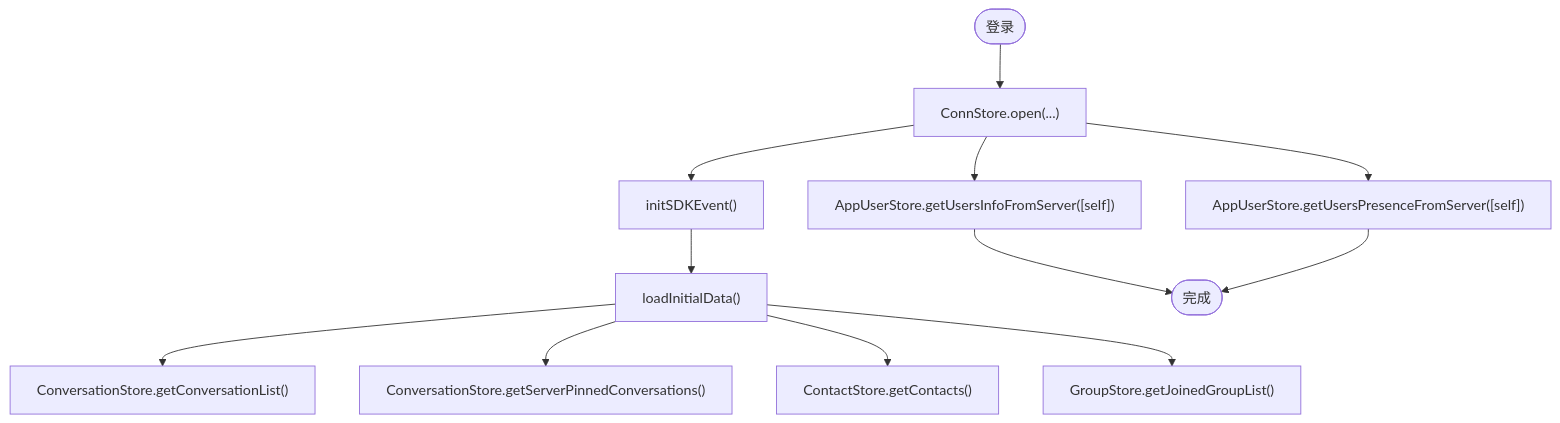
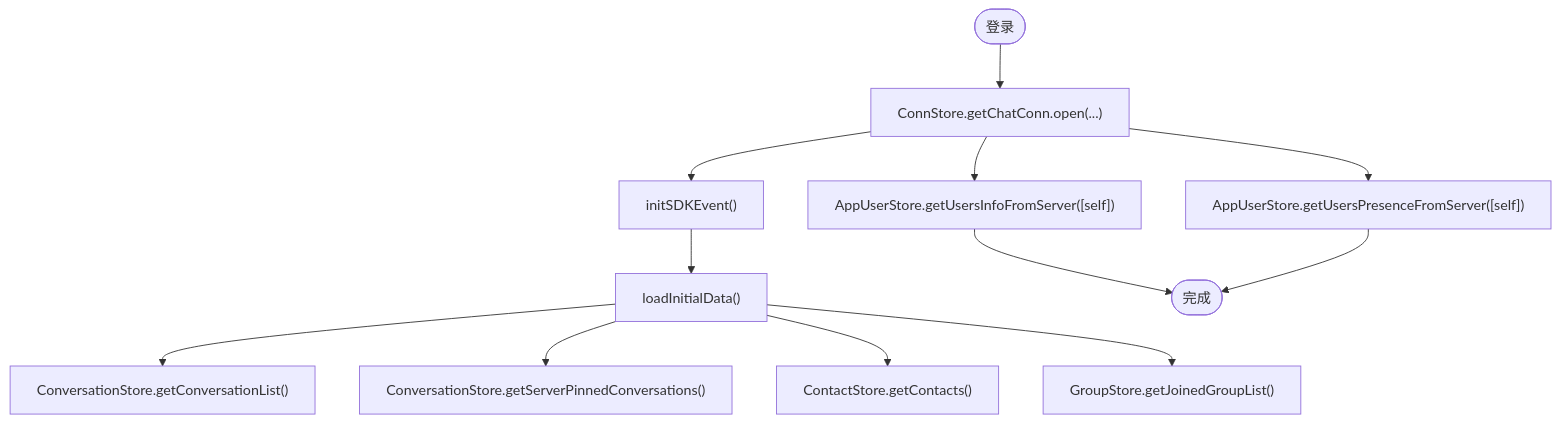
The third of 4 diagrams in .qoder/repowiki/zh/content/核心架构/Store状态管理系统架构/Store状态管理系统架构.md (Easemob-Community/easemob-uikit-uniapp-community), drawn with Mermaid before and after one commit. The commit also changed other lines of this file and 10 other files, not shown here.

````diff
--- a/.qoder/repowiki/zh/content/核心架构/Store状态管理系统架构/Store状态管理系统架构.md
+++ b/.qoder/repowiki/zh/content/核心架构/Store状态管理系统架构/Store状态管理系统架构.md
@@ -163,14 +172,14 @@
 ```mermaid
 flowchart TD
-Start(["登录"]) --> Open["ConnStore.open(...)"]
+Start(["登录"]) --> Open["ConnStore.getChatConn.open(...)"]
 Open --> InitEvent["initSDKEvent()"]
 InitEvent --> Load["loadInitialData()"]
 Load --> ConvList["ConversationStore.getConversationList()"]
 Load --> Pinned["ConversationStore.getServerPinnedConversations()"]
 Load --> Contacts["ContactStore.getContacts()"]
 Load --> Groups["GroupStore.getJoinedGroupList()"]
 Open --> SelfInfo["AppUserStore.getUsersInfoFromServer([self])"]
 Open --> SelfPresence["AppUserStore.getUsersPresenceFromServer([self])"]
 SelfInfo --> End(["完成"])
 SelfPresence --> End
 ```
````
